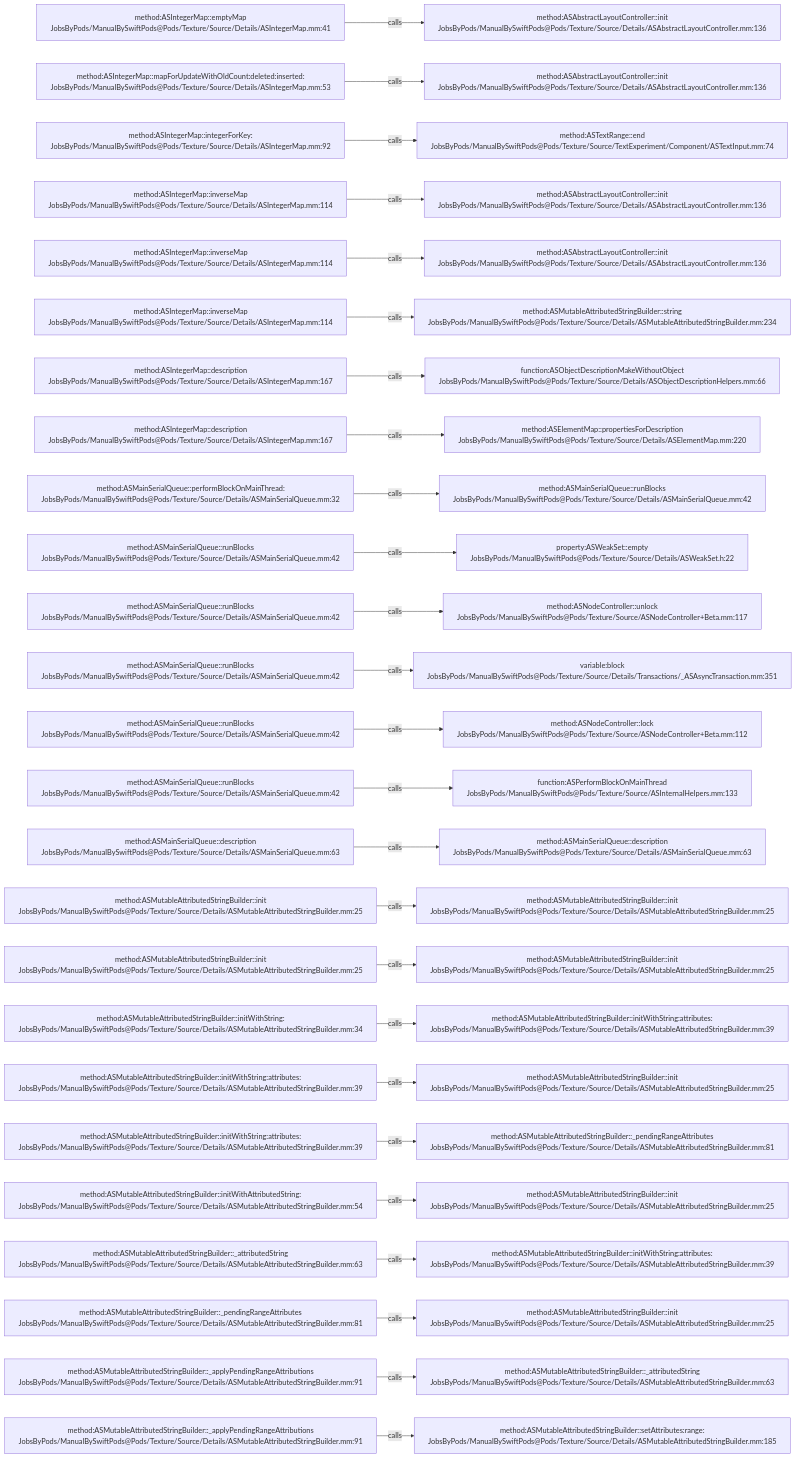
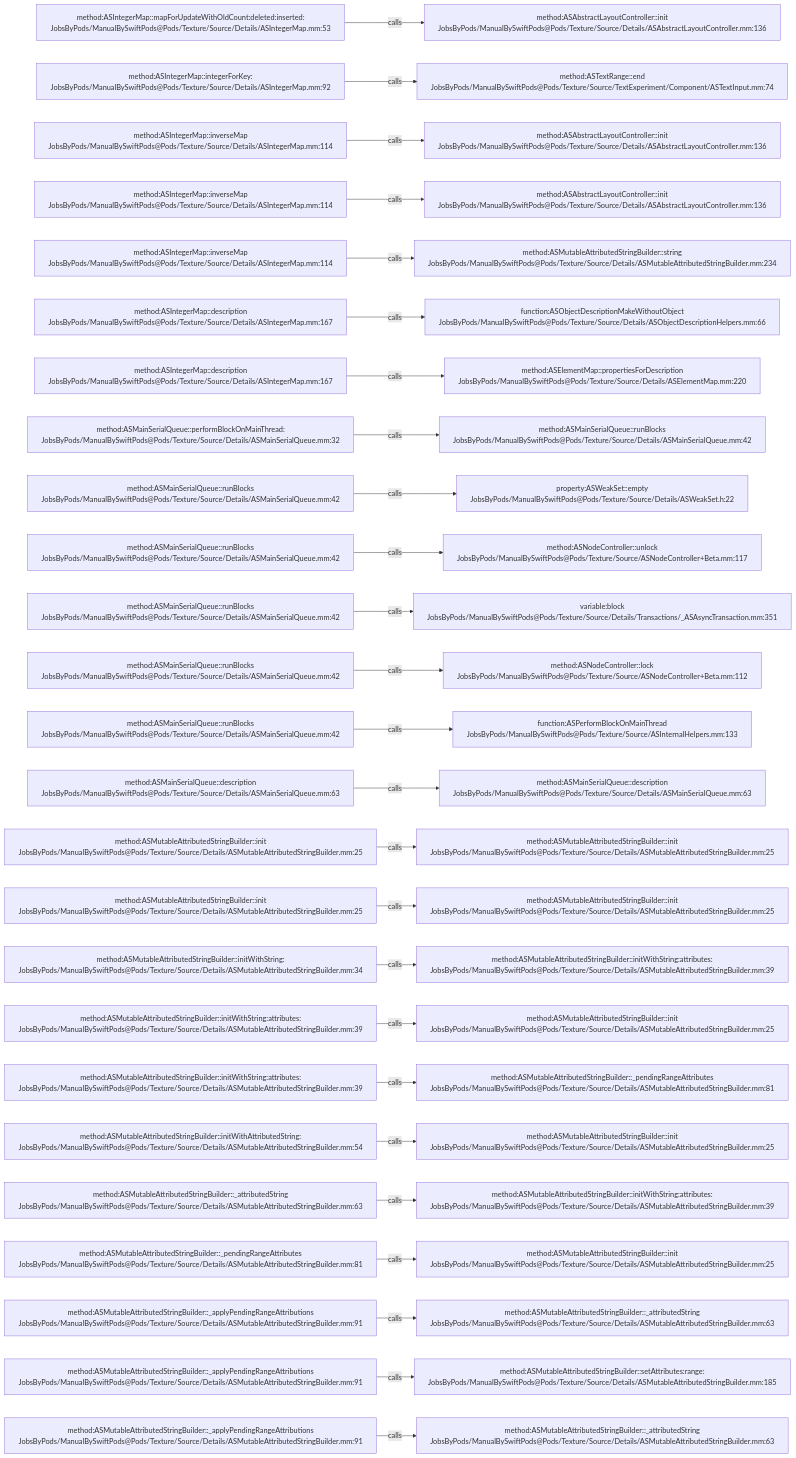
Before and after one commit to JobsKits/JobsSwiftBaseConfigDemo: the diagram in .codegraph/codegraph.md/graphs/calls-089.md, drawn with Mermaid. The commit also changed 747 other files, not shown here.

````diff
--- a/.codegraph/codegraph.md/graphs/calls-089.md
+++ b/.codegraph/codegraph.md/graphs/calls-089.md
@@ -13,78 +13,78 @@
 ```mermaid
 flowchart LR
-  S1["method:ASIntegerMap::emptyMap<br/>JobsByPods/ManualBySwiftPods@Pods/Texture/Source/Details/ASIntegerMap.mm:41"]
+  S1["method:ASIntegerMap::mapForUpdateWithOldCount:deleted:inserted:<br/>JobsByPods/ManualBySwiftPods@Pods/Texture/Source/Details/ASIntegerMap.mm:53"]
   T1["method:ASAbstractLayoutController::init<br/>JobsByPods/ManualBySwiftPods@Pods/Texture/Source/Details/ASAbstractLayoutController.mm:136"]
   S1 -->|calls| T1
-  S2["method:ASIntegerMap::mapForUpdateWithOldCount:deleted:inserted:<br/>JobsByPods/ManualBySwiftPods@Pods/Texture/Source/Details/ASIntegerMap.mm:53"]
-  T2["method:ASAbstractLayoutController::init<br/>JobsByPods/ManualBySwiftPods@Pods/Texture/Source/Details/ASAbstractLayoutController.mm:136"]
+  S2["method:ASIntegerMap::integerForKey:<br/>JobsByPods/ManualBySwiftPods@Pods/Texture/Source/Details/ASIntegerMap.mm:92"]
+  T2["method:ASTextRange::end<br/>JobsByPods/ManualBySwiftPods@Pods/Texture/Source/TextExperiment/Component/ASTextInput.mm:74"]
   S2 -->|calls| T2
-  S3["method:ASIntegerMap::integerForKey:<br/>JobsByPods/ManualBySwiftPods@Pods/Texture/Source/Details/ASIntegerMap.mm:92"]
-  T3["method:ASTextRange::end<br/>JobsByPods/ManualBySwiftPods@Pods/Texture/Source/TextExperiment/Component/ASTextInput.mm:74"]
+  S3["method:ASIntegerMap::inverseMap<br/>JobsByPods/ManualBySwiftPods@Pods/Texture/Source/Details/ASIntegerMap.mm:114"]
+  T3["method:ASAbstractLayoutController::init<br/>JobsByPods/ManualBySwiftPods@Pods/Texture/Source/Details/ASAbstractLayoutController.mm:136"]
   S3 -->|calls| T3
   S4["method:ASIntegerMap::inverseMap<br/>JobsByPods/ManualBySwiftPods@Pods/Texture/Source/Details/ASIntegerMap.mm:114"]
   T4["method:ASAbstractLayoutController::init<br/>JobsByPods/ManualBySwiftPods@Pods/Texture/Source/Details/ASAbstractLayoutController.mm:136"]
   S4 -->|calls| T4
   S5["method:ASIntegerMap::inverseMap<br/>JobsByPods/ManualBySwiftPods@Pods/Texture/Source/Details/ASIntegerMap.mm:114"]
-  T5["method:ASAbstractLayoutController::init<br/>JobsByPods/ManualBySwiftPods@Pods/Texture/Source/Details/ASAbstractLayoutController.mm:136"]
+  T5["method:ASMutableAttributedStringBuilder::string<br/>JobsByPods/ManualBySwiftPods@Pods/Texture/Source/Details/ASMutableAttributedStringBuilder.mm:234"]
   S5 -->|calls| T5
-  S6["method:ASIntegerMap::inverseMap<br/>JobsByPods/ManualBySwiftPods@Pods/Texture/Source/Details/ASIntegerMap.mm:114"]
-  T6["method:ASMutableAttributedStringBuilder::string<br/>JobsByPods/ManualBySwiftPods@Pods/Texture/Source/Details/ASMutableAttributedStringBuilder.mm:234"]
+  S6["method:ASIntegerMap::description<br/>JobsByPods/ManualBySwiftPods@Pods/Texture/Source/Details/ASIntegerMap.mm:167"]
+  T6["function:ASObjectDescriptionMakeWithoutObject<br/>JobsByPods/ManualBySwiftPods@Pods/Texture/Source/Details/ASObjectDescriptionHelpers.mm:66"]
   S6 -->|calls| T6
   S7["method:ASIntegerMap::description<br/>JobsByPods/ManualBySwiftPods@Pods/Texture/Source/Details/ASIntegerMap.mm:167"]
-  T7["function:ASObjectDescriptionMakeWithoutObject<br/>JobsByPods/ManualBySwiftPods@Pods/Texture/Source/Details/ASObjectDescriptionHelpers.mm:66"]
+  T7["method:ASElementMap::propertiesForDescription<br/>JobsByPods/ManualBySwiftPods@Pods/Texture/Source/Details/ASElementMap.mm:220"]
   S7 -->|calls| T7
-  S8["method:ASIntegerMap::description<br/>JobsByPods/ManualBySwiftPods@Pods/Texture/Source/Details/ASIntegerMap.mm:167"]
-  T8["method:ASElementMap::propertiesForDescription<br/>JobsByPods/ManualBySwiftPods@Pods/Texture/Source/Details/ASElementMap.mm:220"]
+  S8["method:ASMainSerialQueue::performBlockOnMainThread:<br/>JobsByPods/ManualBySwiftPods@Pods/Texture/Source/Details/ASMainSerialQueue.mm:32"]
+  T8["method:ASMainSerialQueue::runBlocks<br/>JobsByPods/ManualBySwiftPods@Pods/Texture/Source/Details/ASMainSerialQueue.mm:42"]
   S8 -->|calls| T8
-  S9["method:ASMainSerialQueue::performBlockOnMainThread:<br/>JobsByPods/ManualBySwiftPods@Pods/Texture/Source/Details/ASMainSerialQueue.mm:32"]
-  T9["method:ASMainSerialQueue::runBlocks<br/>JobsByPods/ManualBySwiftPods@Pods/Texture/Source/Details/ASMainSerialQueue.mm:42"]
+  S9["method:ASMainSerialQueue::runBlocks<br/>JobsByPods/ManualBySwiftPods@Pods/Texture/Source/Details/ASMainSerialQueue.mm:42"]
+  T9["property:ASWeakSet::empty<br/>JobsByPods/ManualBySwiftPods@Pods/Texture/Source/Details/ASWeakSet.h:22"]
   S9 -->|calls| T9
   S10["method:ASMainSerialQueue::runBlocks<br/>JobsByPods/ManualBySwiftPods@Pods/Texture/Source/Details/ASMainSerialQueue.mm:42"]
-  T10["property:ASWeakSet::empty<br/>JobsByPods/ManualBySwiftPods@Pods/Texture/Source/Details/ASWeakSet.h:22"]
+  T10["method:ASNodeController::unlock<br/>JobsByPods/ManualBySwiftPods@Pods/Texture/Source/ASNodeController+Beta.mm:117"]
   S10 -->|calls| T10
   S11["method:ASMainSerialQueue::runBlocks<br/>JobsByPods/ManualBySwiftPods@Pods/Texture/Source/Details/ASMainSerialQueue.mm:42"]
-  T11["method:ASNodeController::unlock<br/>JobsByPods/ManualBySwiftPods@Pods/Texture/Source/ASNodeController+Beta.mm:117"]
+  T11["variable:block<br/>JobsByPods/ManualBySwiftPods@Pods/Texture/Source/Details/Transactions/_ASAsyncTransaction.mm:351"]
   S11 -->|calls| T11
   S12["method:ASMainSerialQueue::runBlocks<br/>JobsByPods/ManualBySwiftPods@Pods/Texture/Source/Details/ASMainSerialQueue.mm:42"]
-  T12["variable:block<br/>JobsByPods/ManualBySwiftPods@Pods/Texture/Source/Details/Transactions/_ASAsyncTransaction.mm:351"]
+  T12["method:ASNodeController::lock<br/>JobsByPods/ManualBySwiftPods@Pods/Texture/Source/ASNodeController+Beta.mm:112"]
   S12 -->|calls| T12
   S13["method:ASMainSerialQueue::runBlocks<br/>JobsByPods/ManualBySwiftPods@Pods/Texture/Source/Details/ASMainSerialQueue.mm:42"]
-  T13["method:ASNodeController::lock<br/>JobsByPods/ManualBySwiftPods@Pods/Texture/Source/ASNodeController+Beta.mm:112"]
+  T13["function:ASPerformBlockOnMainThread<br/>JobsByPods/ManualBySwiftPods@Pods/Texture/Source/ASInternalHelpers.mm:133"]
   S13 -->|calls| T13
-  S14["method:ASMainSerialQueue::runBlocks<br/>JobsByPods/ManualBySwiftPods@Pods/Texture/Source/Details/ASMainSerialQueue.mm:42"]
-  T14["function:ASPerformBlockOnMainThread<br/>JobsByPods/ManualBySwiftPods@Pods/Texture/Source/ASInternalHelpers.mm:133"]
+  S14["method:ASMainSerialQueue::description<br/>JobsByPods/ManualBySwiftPods@Pods/Texture/Source/Details/ASMainSerialQueue.mm:63"]
+  T14["method:ASMainSerialQueue::description<br/>JobsByPods/ManualBySwiftPods@Pods/Texture/Source/Details/ASMainSerialQueue.mm:63"]
   S14 -->|calls| T14
-  S15["method:ASMainSerialQueue::description<br/>JobsByPods/ManualBySwiftPods@Pods/Texture/Source/Details/ASMainSerialQueue.mm:63"]
-  T15["method:ASMainSerialQueue::description<br/>JobsByPods/ManualBySwiftPods@Pods/Texture/Source/Details/ASMainSerialQueue.mm:63"]
+  S15["method:ASMutableAttributedStringBuilder::init<br/>JobsByPods/ManualBySwiftPods@Pods/Texture/Source/Details/ASMutableAttributedStringBuilder.mm:25"]
+  T15["method:ASMutableAttributedStringBuilder::init<br/>JobsByPods/ManualBySwiftPods@Pods/Texture/Source/Details/ASMutableAttributedStringBuilder.mm:25"]
   S15 -->|calls| T15
   S16["method:ASMutableAttributedStringBuilder::init<br/>JobsByPods/ManualBySwiftPods@Pods/Texture/Source/Details/ASMutableAttributedStringBuilder.mm:25"]
   T16["method:ASMutableAttributedStringBuilder::init<br/>JobsByPods/ManualBySwiftPods@Pods/Texture/Source/Details/ASMutableAttributedStringBuilder.mm:25"]
   S16 -->|calls| T16
-  S17["method:ASMutableAttributedStringBuilder::init<br/>JobsByPods/ManualBySwiftPods@Pods/Texture/Source/Details/ASMutableAttributedStringBuilder.mm:25"]
-  T17["method:ASMutableAttributedStringBuilder::init<br/>JobsByPods/ManualBySwiftPods@Pods/Texture/Source/Details/ASMutableAttributedStringBuilder.mm:25"]
+  S17["method:ASMutableAttributedStringBuilder::initWithString:<br/>JobsByPods/ManualBySwiftPods@Pods/Texture/Source/Details/ASMutableAttributedStringBuilder.mm:34"]
+  T17["method:ASMutableAttributedStringBuilder::initWithString:attributes:<br/>JobsByPods/ManualBySwiftPods@Pods/Texture/Source/Details/ASMutableAttributedStringBuilder.mm:39"]
   S17 -->|calls| T17
-  S18["method:ASMutableAttributedStringBuilder::initWithString:<br/>JobsByPods/ManualBySwiftPods@Pods/Texture/Source/Details/ASMutableAttributedStringBuilder.mm:34"]
-  T18["method:ASMutableAttributedStringBuilder::initWithString:attributes:<br/>JobsByPods/ManualBySwiftPods@Pods/Texture/Source/Details/ASMutableAttributedStringBuilder.mm:39"]
+  S18["method:ASMutableAttributedStringBuilder::initWithString:attributes:<br/>JobsByPods/ManualBySwiftPods@Pods/Texture/Source/Details/ASMutableAttributedStringBuilder.mm:39"]
+  T18["method:ASMutableAttributedStringBuilder::init<br/>JobsByPods/ManualBySwiftPods@Pods/Texture/Source/Details/ASMutableAttributedStringBuilder.mm:25"]
   S18 -->|calls| T18
   S19["method:ASMutableAttributedStringBuilder::initWithString:attributes:<br/>JobsByPods/ManualBySwiftPods@Pods/Texture/Source/Details/ASMutableAttributedStringBuilder.mm:39"]
-  T19["method:ASMutableAttributedStringBuilder::init<br/>JobsByPods/ManualBySwiftPods@Pods/Texture/Source/Details/ASMutableAttributedStringBuilder.mm:25"]
+  T19["method:ASMutableAttributedStringBuilder::_pendingRangeAttributes<br/>JobsByPods/ManualBySwiftPods@Pods/Texture/Source/Details/ASMutableAttributedStringBuilder.mm:81"]
   S19 -->|calls| T19
-  S20["method:ASMutableAttributedStringBuilder::initWithString:attributes:<br/>JobsByPods/ManualBySwiftPods@Pods/Texture/Source/Details/ASMutableAttributedStringBuilder.mm:39"]
-  T20["method:ASMutableAttributedStringBuilder::_pendingRangeAttributes<br/>JobsByPods/ManualBySwiftPods@Pods/Texture/Source/Details/ASMutableAttributedStringBuilder.mm:81"]
+  S20["method:ASMutableAttributedStringBuilder::initWithAttributedString:<br/>JobsByPods/ManualBySwiftPods@Pods/Texture/Source/Details/ASMutableAttributedStringBuilder.mm:54"]
+  T20["method:ASMutableAttributedStringBuilder::init<br/>JobsByPods/ManualBySwiftPods@Pods/Texture/Source/Details/ASMutableAttributedStringBuilder.mm:25"]
   S20 -->|calls| T20
-  S21["method:ASMutableAttributedStringBuilder::initWithAttributedString:<br/>JobsByPods/ManualBySwiftPods@Pods/Texture/Source/Details/ASMutableAttributedStringBuilder.mm:54"]
-  T21["method:ASMutableAttributedStringBuilder::init<br/>JobsByPods/ManualBySwiftPods@Pods/Texture/Source/Details/ASMutableAttributedStringBuilder.mm:25"]
+  S21["method:ASMutableAttributedStringBuilder::_attributedString<br/>JobsByPods/ManualBySwiftPods@Pods/Texture/Source/Details/ASMutableAttributedStringBuilder.mm:63"]
+  T21["method:ASMutableAttributedStringBuilder::initWithString:attributes:<br/>JobsByPods/ManualBySwiftPods@Pods/Texture/Source/Details/ASMutableAttributedStringBuilder.mm:39"]
   S21 -->|calls| T21
-  S22["method:ASMutableAttributedStringBuilder::_attributedString<br/>JobsByPods/ManualBySwiftPods@Pods/Texture/Source/Details/ASMutableAttributedStringBuilder.mm:63"]
-  T22["method:ASMutableAttributedStringBuilder::initWithString:attributes:<br/>JobsByPods/ManualBySwiftPods@Pods/Texture/Source/Details/ASMutableAttributedStringBuilder.mm:39"]
+  S22["method:ASMutableAttributedStringBuilder::_pendingRangeAttributes<br/>JobsByPods/ManualBySwiftPods@Pods/Texture/Source/Details/ASMutableAttributedStringBuilder.mm:81"]
+  T22["method:ASMutableAttributedStringBuilder::init<br/>JobsByPods/ManualBySwiftPods@Pods/Texture/Source/Details/ASMutableAttributedStringBuilder.mm:25"]
   S22 -->|calls| T22
-  S23["method:ASMutableAttributedStringBuilder::_pendingRangeAttributes<br/>JobsByPods/ManualBySwiftPods@Pods/Texture/Source/Details/ASMutableAttributedStringBuilder.mm:81"]
-  T23["method:ASMutableAttributedStringBuilder::init<br/>JobsByPods/ManualBySwiftPods@Pods/Texture/Source/Details/ASMutableAttributedStringBuilder.mm:25"]
+  S23["method:ASMutableAttributedStringBuilder::_applyPendingRangeAttributions<br/>JobsByPods/ManualBySwiftPods@Pods/Texture/Source/Details/ASMutableAttributedStringBuilder.mm:91"]
+  T23["method:ASMutableAttributedStringBuilder::_attributedString<br/>JobsByPods/ManualBySwiftPods@Pods/Texture/Source/Details/ASMutableAttributedStringBuilder.mm:63"]
   S23 -->|calls| T23
   S24["method:ASMutableAttributedStringBuilder::_applyPendingRangeAttributions<br/>JobsByPods/ManualBySwiftPods@Pods/Texture/Source/Details/ASMutableAttributedStringBuilder.mm:91"]
-  T24["method:ASMutableAttributedStringBuilder::_attributedString<br/>JobsByPods/ManualBySwiftPods@Pods/Texture/Source/Details/ASMutableAttributedStringBuilder.mm:63"]
+  T24["method:ASMutableAttributedStringBuilder::setAttributes:range:<br/>JobsByPods/ManualBySwiftPods@Pods/Texture/Source/Details/ASMutableAttributedStringBuilder.mm:185"]
   S24 -->|calls| T24
   S25["method:ASMutableAttributedStringBuilder::_applyPendingRangeAttributions<br/>JobsByPods/ManualBySwiftPods@Pods/Texture/Source/Details/ASMutableAttributedStringBuilder.mm:91"]
-  T25["method:ASMutableAttributedStringBuilder::setAttributes:range:<br/>JobsByPods/ManualBySwiftPods@Pods/Texture/Source/Details/ASMutableAttributedStringBuilder.mm:185"]
+  T25["method:ASMutableAttributedStringBuilder::_attributedString<br/>JobsByPods/ManualBySwiftPods@Pods/Texture/Source/Details/ASMutableAttributedStringBuilder.mm:63"]
   S25 -->|calls| T25
 ```
````
